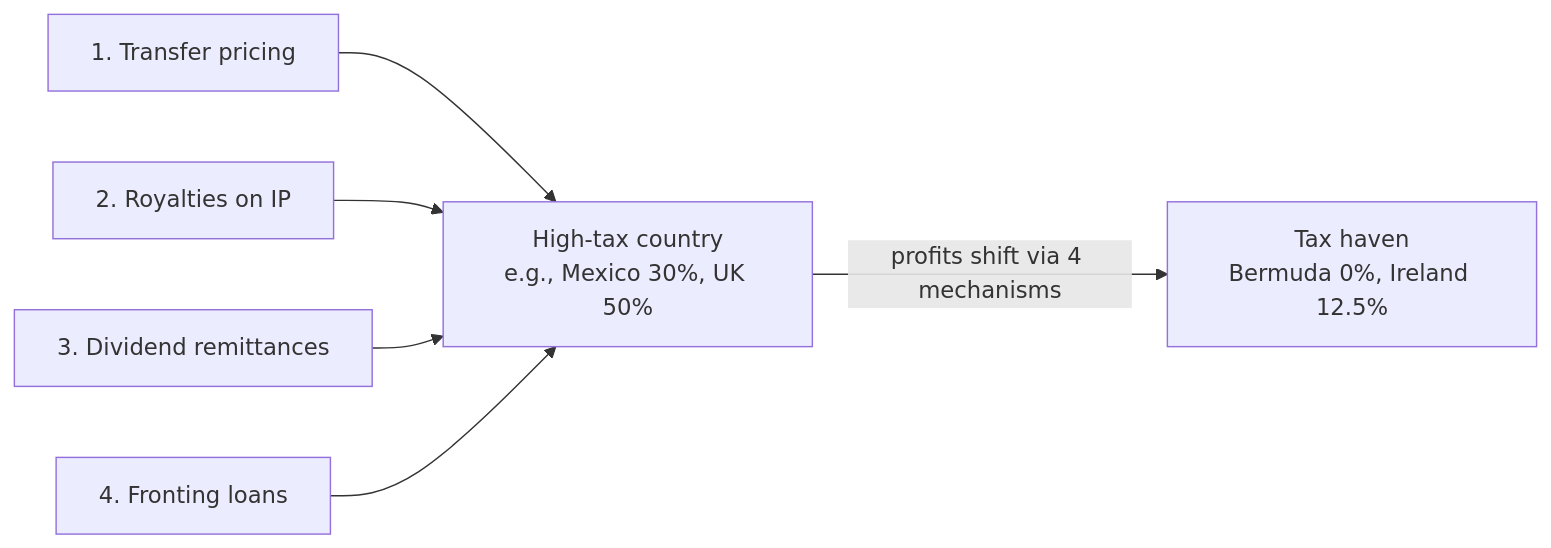
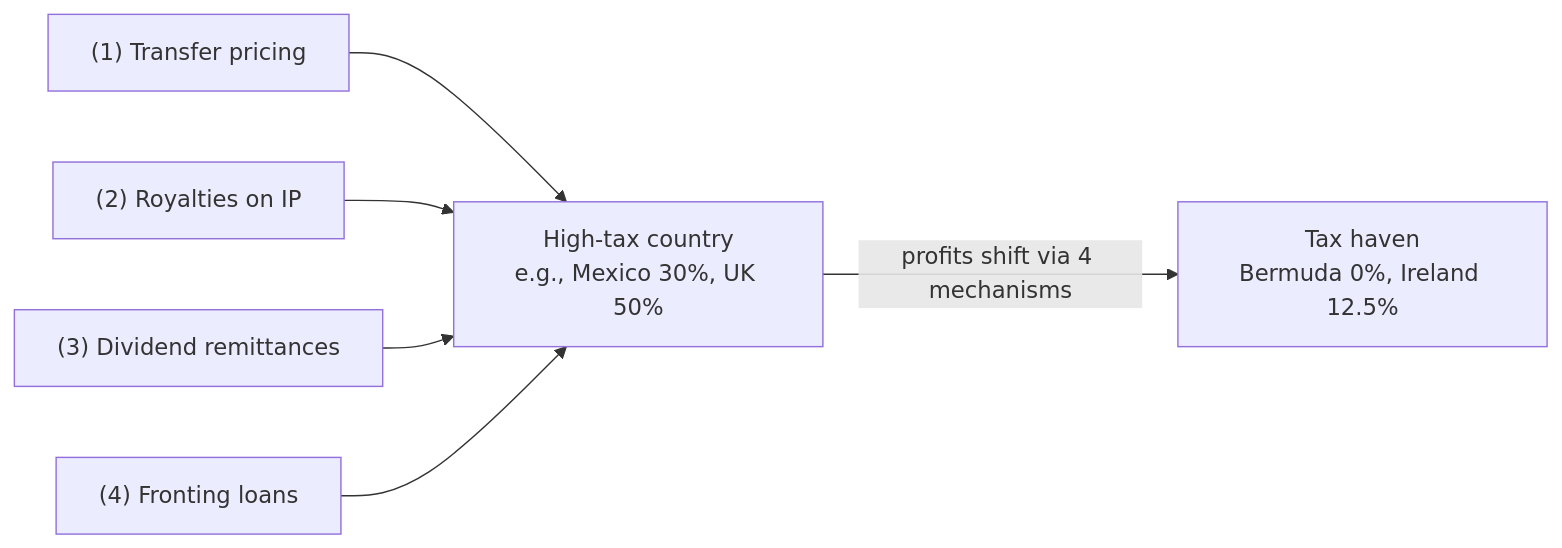
One commit to AleksiVirkkala/ADM-11013-final-exam-preparation changed the fourth of 6 diagrams in content/concept-map.md. Above: the diagram before and after it, drawn with Mermaid. The commit also changed 1 other file, not shown here.

Commit message:
Fix Mermaid numbered labels

````diff
--- a/content/concept-map.md
+++ b/content/concept-map.md
@@ -81,9 +81,9 @@
 ```mermaid
 graph LR
     HIGH[High-tax country<br/>e.g., Mexico 30%, UK 50%] -->|profits shift via 4 mechanisms| TAXHAVEN[Tax haven<br/>Bermuda 0%, Ireland 12.5%]
 
-    M1["1. Transfer pricing"] --> HIGH
-    M2["2. Royalties on IP"] --> HIGH
-    M3["3. Dividend remittances"] --> HIGH
-    M4["4. Fronting loans"] --> HIGH
+    M1["(1) Transfer pricing"] --> HIGH
+    M2["(2) Royalties on IP"] --> HIGH
+    M3["(3) Dividend remittances"] --> HIGH
+    M4["(4) Fronting loans"] --> HIGH
 ```
````
